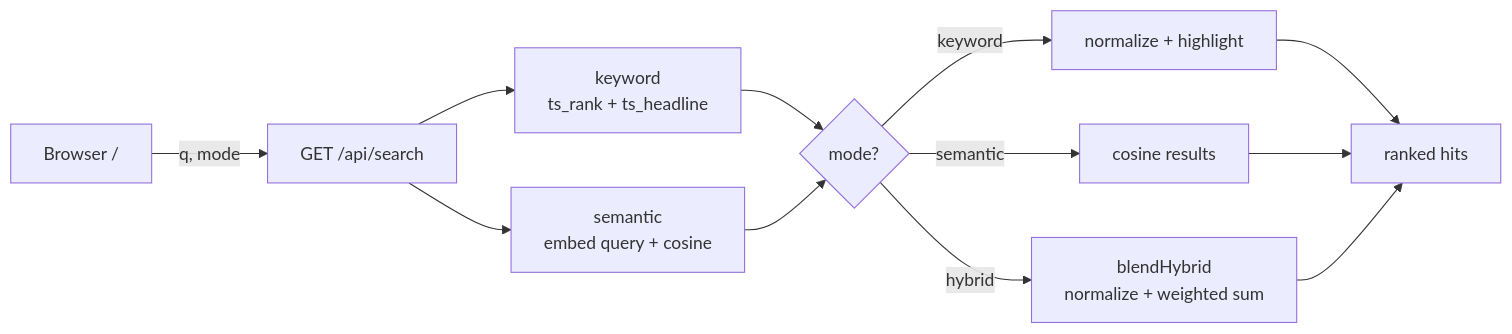
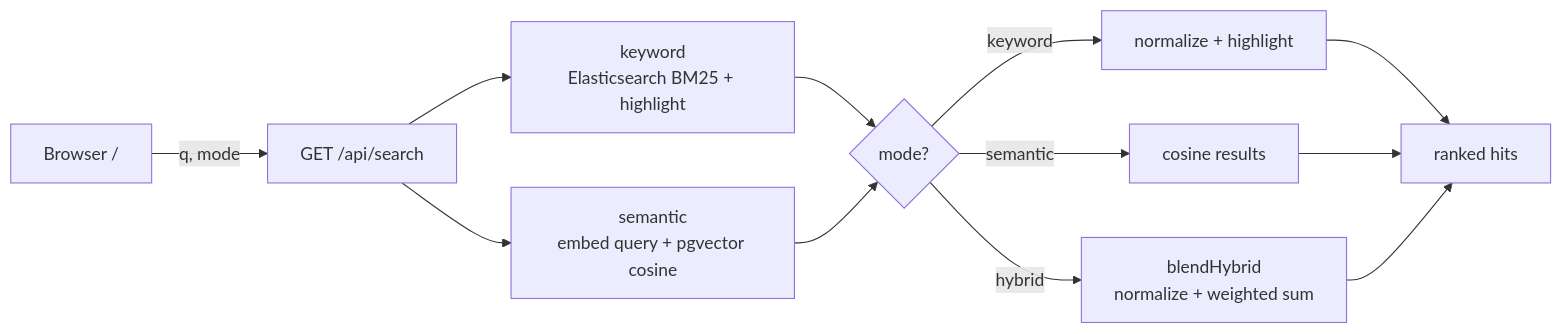
One commit to JCHETAN26/IndexFlow changed the second of 2 diagrams in README.md. Above: the diagram before and after it, drawn with Mermaid. The commit also changed other lines of this file and 12 other files, not shown here.

````diff
--- a/README.md
+++ b/README.md
@@ -102,14 +112,14 @@
 ```mermaid
 flowchart LR
     Q[Browser /] -->|q, mode| R[GET /api/search]
-    R --> K[keyword<br/>ts_rank + ts_headline]
-    R --> S[semantic<br/>embed query + cosine]
+    R --> K[keyword<br/>Elasticsearch BM25 + highlight]
+    R --> S[semantic<br/>embed query + pgvector cosine]
     K --> H{mode?}
     S --> H
     H -->|keyword| KO[normalize + highlight]
     H -->|semantic| SO[cosine results]
     H -->|hybrid| BL[blendHybrid<br/>normalize + weighted sum]
     KO --> OUT[ranked hits]
     SO --> OUT
     BL --> OUT
 ```
````
